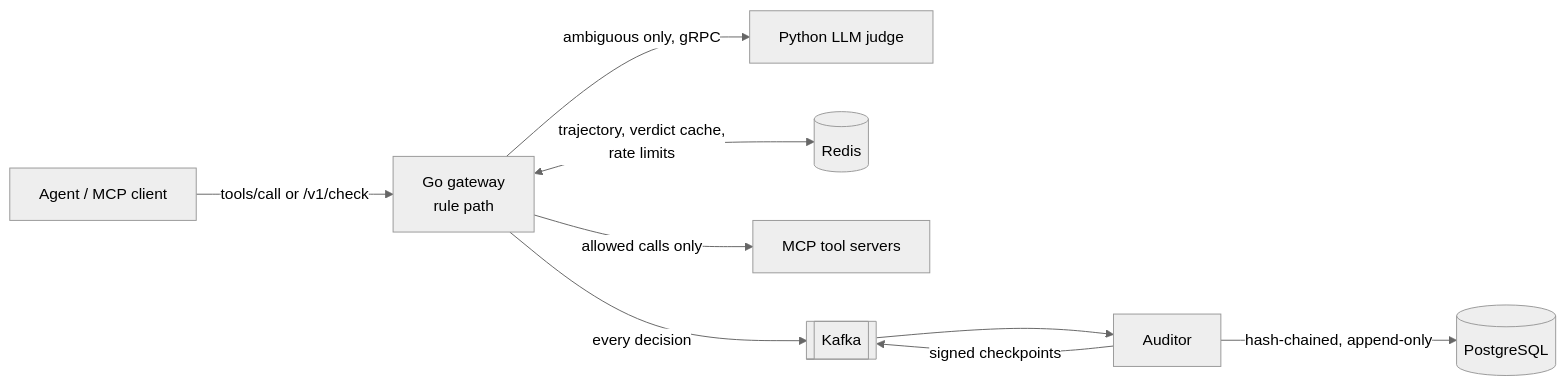
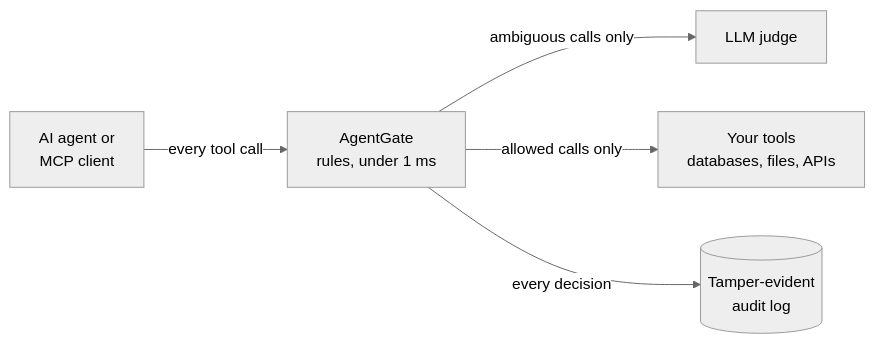
The diagram in README.md (arhaamatiq/agentgate), drawn with Mermaid (neutral theme) before and after one commit. The commit also changed other lines of this file and 4 other files, not shown here.

````diff
--- a/README.md
+++ b/README.md
@@ -150,10 +81,7 @@
 ```mermaid
 flowchart LR
-    A[Agent / MCP client] -->|tools/call or /v1/check| G[Go gateway<br/>rule path]
-    G -->|ambiguous only, gRPC| J[Python LLM judge]
-    G <-->|trajectory, verdict cache,<br/>rate limits| R[(Redis)]
-    G -->|allowed calls only| T[MCP tool servers]
-    G -->|every decision| K[[Kafka]]
-    K --> W[Auditor] -->|hash-chained, append-only| P[(PostgreSQL)]
-    W -->|signed checkpoints| K
+    A[AI agent or<br/>MCP client] -->|every tool call| G[AgentGate<br/>rules, under 1 ms]
+    G -->|ambiguous calls only| J[LLM judge]
+    G -->|allowed calls only| T[Your tools<br/>databases, files, APIs]
+    G -->|every decision| L[(Tamper-evident<br/>audit log)]
 ```
````
